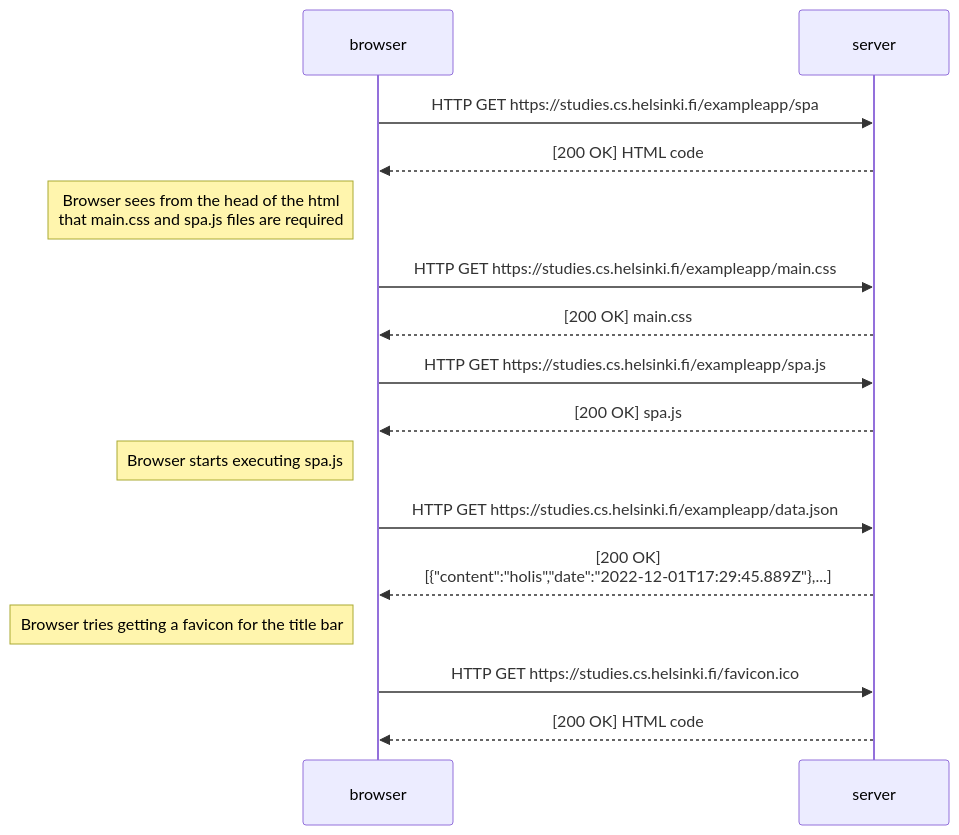
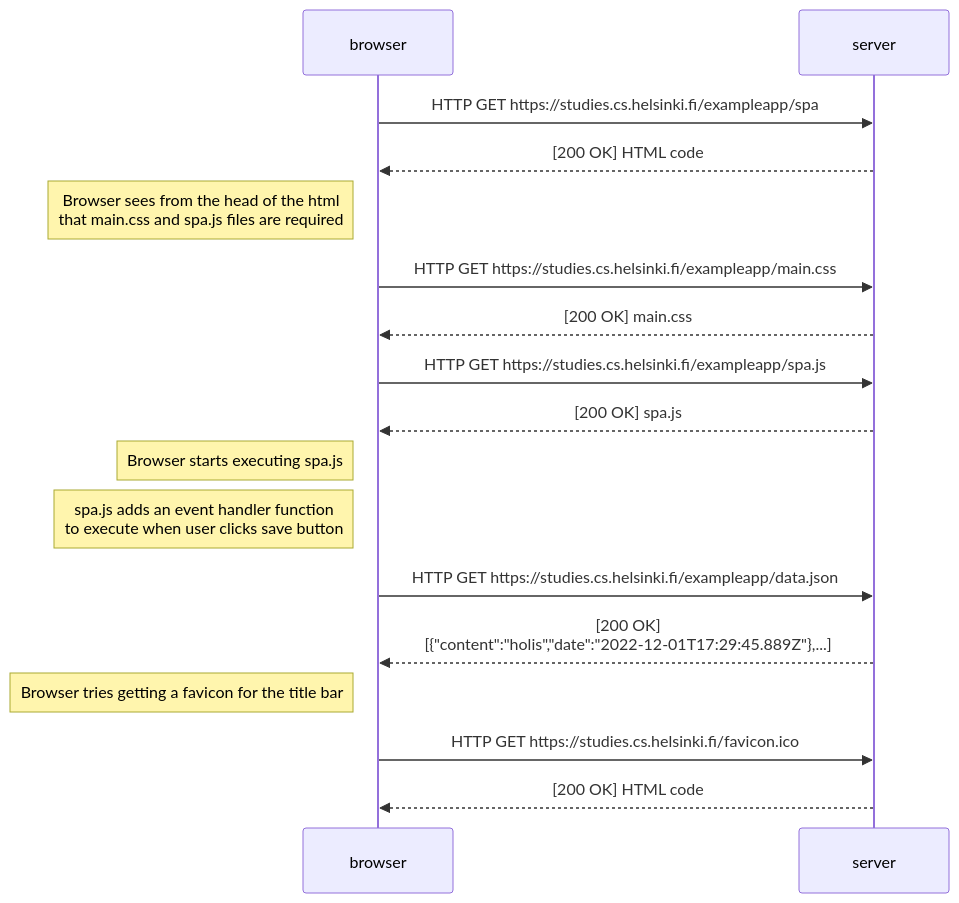
Before and after one commit to JoseBritto/fulllstack-open: the diagram in part0/0.5-Single_page_app.md, drawn with Mermaid.

````diff
--- a/part0/0.5-Single_page_app.md
+++ b/part0/0.5-Single_page_app.md
@@ -1,17 +1,19 @@
 ```mermaid
 sequenceDiagram
 browser->>server: HTTP GET https://studies.cs.helsinki.fi/exampleapp/spa
 server-->>browser: [200 OK] HTML code
 Note left of browser: Browser sees from the head of the html <br/> that main.css and spa.js files are required
 browser->>server: HTTP GET https://studies.cs.helsinki.fi/exampleapp/main.css
 server-->>browser: [200 OK] main.css
 browser->>server: HTTP GET https://studies.cs.helsinki.fi/exampleapp/spa.js
 server-->>browser: [200 OK] spa.js
 Note left of browser: Browser starts executing spa.js
+
+Note left of browser: spa.js adds an event handler function <br/> to execute when user clicks save button
+
 browser->>server: HTTP GET https://studies.cs.helsinki.fi/exampleapp/data.json
 server-->>browser: [200 OK]<br/>[{"content":"holis","date":"2022-12-01T17:29:45.889Z"},...]
-
 Note left of browser: Browser tries getting a favicon for the title bar
 browser->>server: HTTP GET https://studies.cs.helsinki.fi/favicon.ico
 server-->>browser: [200 OK] HTML code
 ```
````
